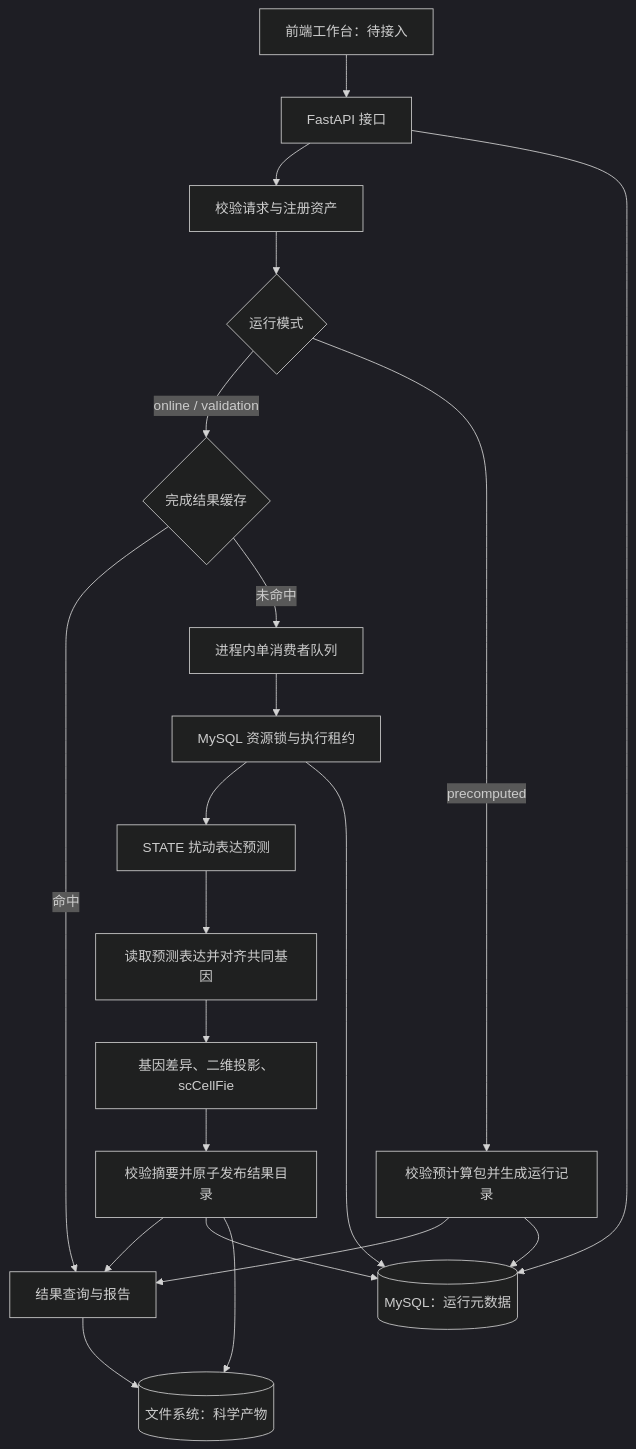
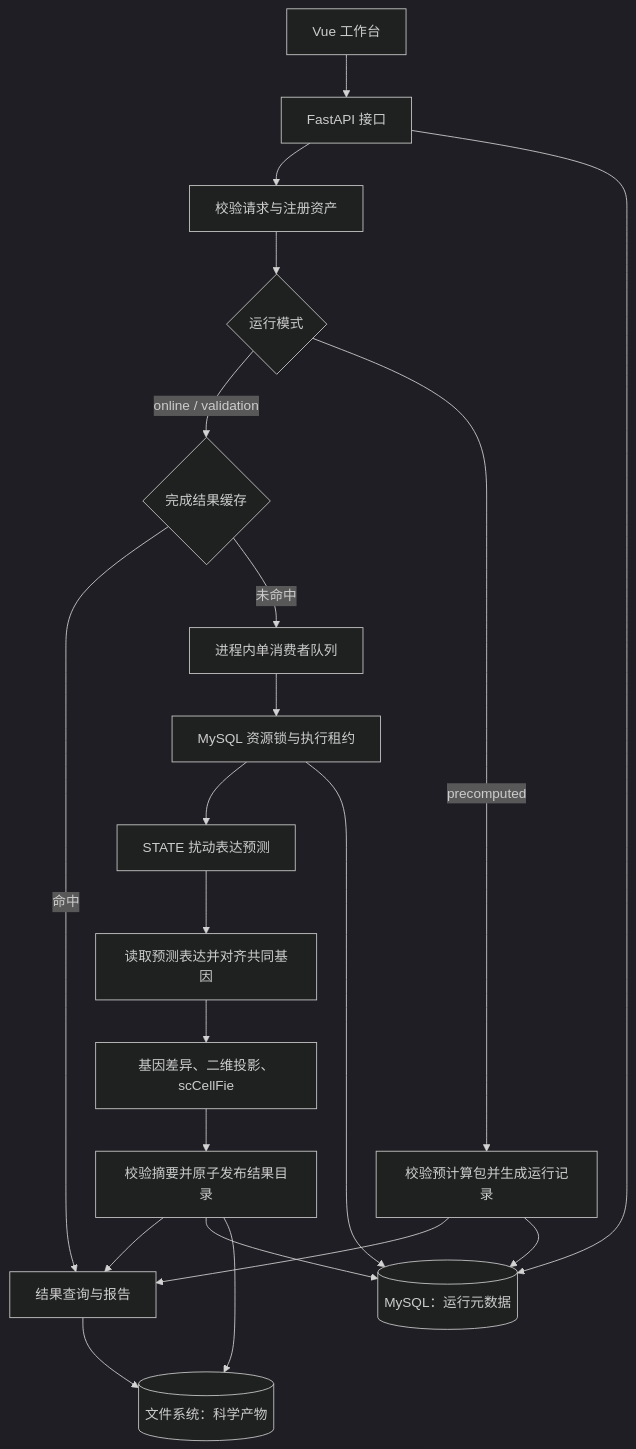
Before and after one commit to hash-distill/celllens-platform: the diagram in docs/ARCHITECTURE.md, drawn with Mermaid (dark theme). The commit also changed other lines of this file and 68 other files, not shown here.

Commit message:
Integrate Vue frontend and fix runtime, demo and deployment flows

````diff
--- a/docs/ARCHITECTURE.md
+++ b/docs/ARCHITECTURE.md
@@ -7,23 +7,23 @@
 ```mermaid
 flowchart TD
-    UI[前端工作台：待接入] --> API[FastAPI 接口]
+    UI[Vue 工作台] --> API[FastAPI 接口]
     API --> CHECK[校验请求与注册资产]
     CHECK --> MODE{运行模式}
     MODE -->|online / validation| CACHE{完成结果缓存}
     CACHE -->|命中| RESULT[结果查询与报告]
     CACHE -->|未命中| QUEUE[进程内单消费者队列]
     QUEUE --> LOCK[MySQL 资源锁与执行租约]
     LOCK --> STATE[STATE 扰动表达预测]
     STATE --> ALIGN[读取预测表达并对齐共同基因]
     ALIGN --> ANALYSIS[基因差异、二维投影、scCellFie]
     ANALYSIS --> PUBLISH[校验摘要并原子发布结果目录]
     PUBLISH --> RESULT
     MODE -->|precomputed| DEMO[校验预计算包并生成运行记录]
     DEMO --> RESULT
     API --> DB[(MySQL：运行元数据)]
     LOCK --> DB
     PUBLISH --> DB
     DEMO --> DB
     PUBLISH --> FILES[(文件系统：科学产物)]
     RESULT --> FILES
 ```
````
